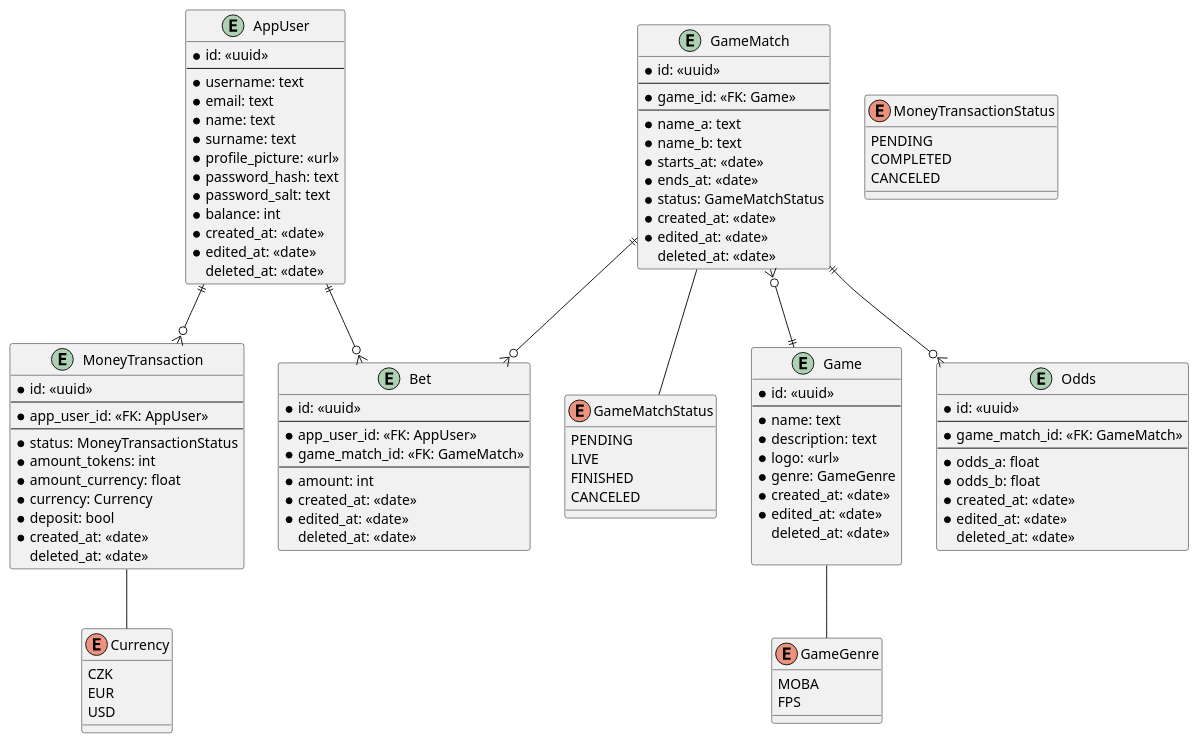
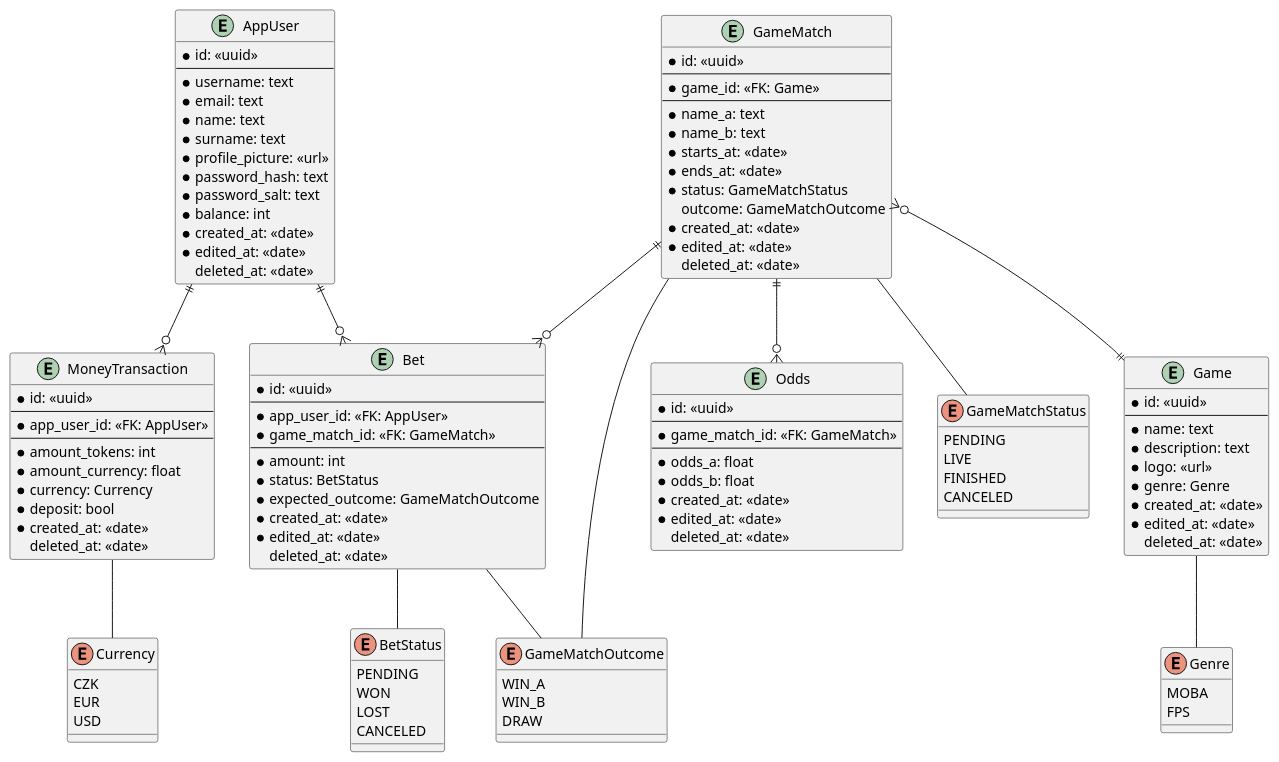
One commit to Average-Rust-Enjoyers/Starbet-Live changed the diagram in docs/starbet.puml. Above: the diagram before and after it, drawn with PlantUML.

Commit message:
docs: add outcome and status enums to Bet and GameMatch

```diff
--- a/docs/starbet.puml
+++ b/docs/starbet.puml
@@ -1,120 +1,129 @@
 @startuml starbet-live
 
 entity AppUser {
     * id: <<uuid>>
     ---
     * username: text
     * email: text
     * name: text
     * surname: text
     * profile_picture: <<url>>
     * password_hash: text
     * password_salt: text
     * balance: int
     * created_at: <<date>>
     * edited_at: <<date>>
     deleted_at: <<date>>
 }
 
 entity GameMatch {
     * id: <<uuid>>
     ---
     * game_id: <<FK: Game>>
     ---
     * name_a: text
     * name_b: text
     * starts_at: <<date>>
     * ends_at: <<date>>
     * status: GameMatchStatus
+    outcome: GameMatchOutcome
     * created_at: <<date>>
     * edited_at: <<date>>
     deleted_at: <<date>>
 }
 
 enum GameMatchStatus {
     PENDING
     LIVE
     FINISHED
     CANCELED
 }
 
+enum BetStatus {
+    PENDING
+    WON
+    LOST
+    CANCELED
+}
+
+enum GameMatchOutcome {
+    WIN_A
+    WIN_B
+    DRAW
+}
+
 entity Game {
     * id: <<uuid>>
     ---
-    ' not yet defined
-    ' * type: GameType
     * name: text
     * description: text
     * logo: <<url>>
-    * genre: GameGenre
+    * genre: Genre
     * created_at: <<date>>
     * edited_at: <<date>>
     deleted_at: <<date>>
-
 }
 
 entity Bet {
     * id: <<uuid>>
     ---
     * app_user_id: <<FK: AppUser>>
     * game_match_id: <<FK: GameMatch>>
     ---
     * amount: int
+    * status: BetStatus
+    * expected_outcome: GameMatchOutcome
     * created_at: <<date>>
     * edited_at: <<date>>
     deleted_at: <<date>>
 }
 
 entity Odds {
     * id: <<uuid>>
     ---
     * game_match_id: <<FK: GameMatch>>
     ---
     * odds_a: float
     * odds_b: float
     * created_at: <<date>>
     * edited_at: <<date>>
     deleted_at: <<date>>
 }
 
 entity MoneyTransaction {
     * id: <<uuid>>
     ---
     * app_user_id: <<FK: AppUser>>
     ---
-    * status: MoneyTransactionStatus
     * amount_tokens: int
     * amount_currency: float
     * currency: Currency
     * deposit: bool
     * created_at: <<date>>
     deleted_at: <<date>>
 }
 
-enum MoneyTransactionStatus {
-    PENDING
-    COMPLETED
-    CANCELED
-}
-
 enum Currency {
     CZK
     EUR
     USD
 }
 
-enum GameGenre {
+enum Genre {
     MOBA
     FPS
 }
 
 GameMatch }o--|| Game
 GameMatch ||--o{ Bet
 GameMatch ||--o{ Odds
 AppUser ||--o{ Bet
 AppUser ||--o{ MoneyTransaction
 GameMatch -- GameMatchStatus
-Game -- GameGenre
+Game -- Genre
 MoneyTransaction -- Currency
+Bet -- BetStatus
+Bet -- GameMatchOutcome
+GameMatch -- GameMatchOutcome
 
 @enduml
```
